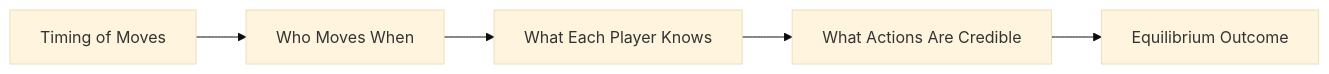
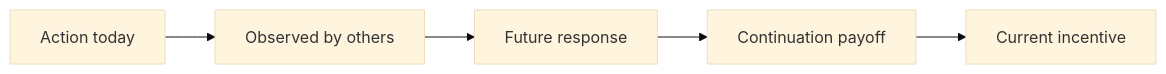
One commit to Sorenqwer/my-notes-site changed the eighth of 10 diagrams in foundations/dynamic-reasoning.qmd. Above: the diagram before and after it, drawn with Mermaid (base theme). The commit also changed other lines of this file and 61 other files, not shown here.

````diff
--- a/foundations/dynamic-reasoning.qmd
+++ b/foundations/dynamic-reasoning.qmd
@@ -32,7 +268,7 @@
 ```{mermaid}
 flowchart LR
-    A[Timing of Moves] --> B[Who Moves When]
-    B --> C[What Each Player Knows]
-    C --> D[What Actions Are Credible]
-    D --> E[Equilibrium Outcome]
+    A[Action today] --> B[Observed by others]
+    B --> C[Future response]
+    C --> D[Continuation payoff]
+    D --> E[Current incentive]
 ```
````
